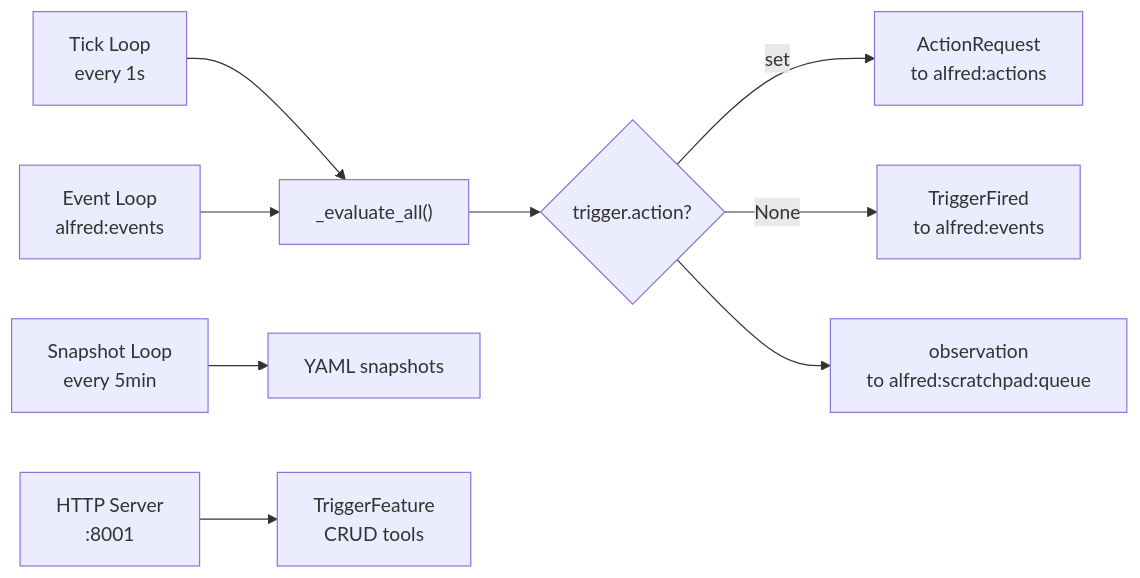
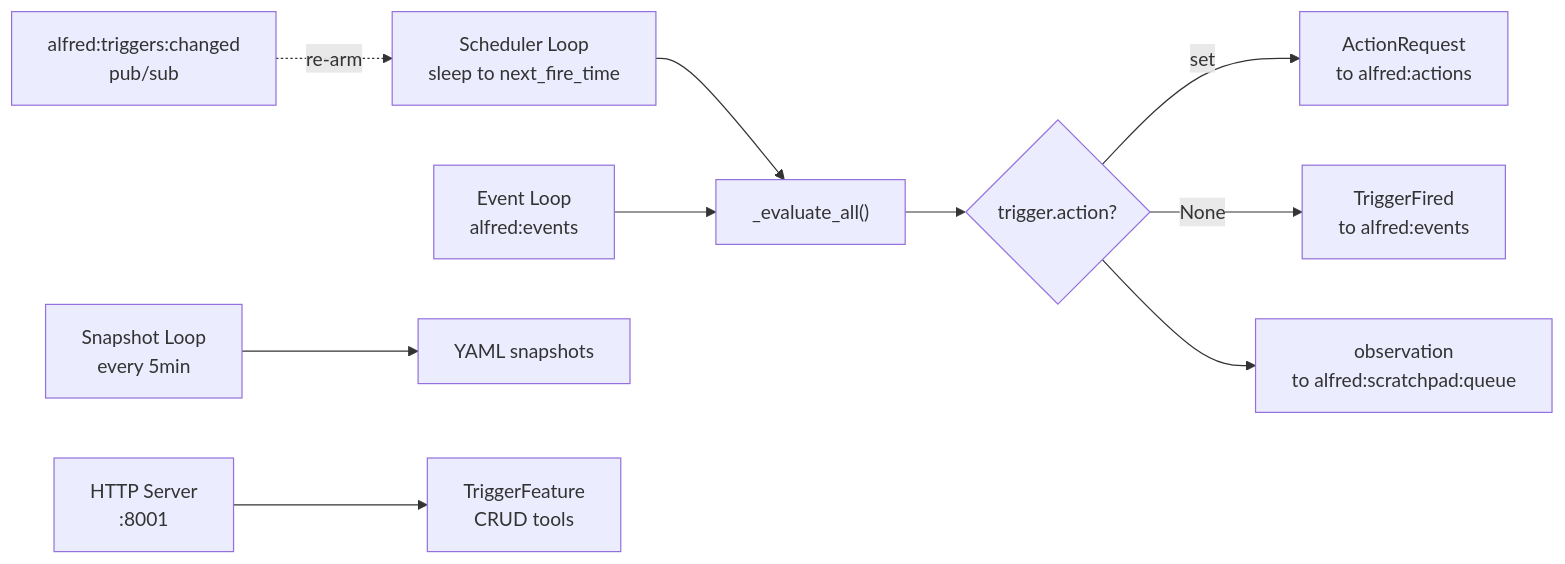
The second of 5 diagrams in docs/trigger-engine.md (anirudhlath/alfred), drawn with Mermaid before and after one commit. The commit also changed other lines of this file and 3 other files, not shown here.

````diff
--- a/docs/trigger-engine.md
+++ b/docs/trigger-engine.md
@@ -78,11 +81,12 @@
 ```mermaid
 graph LR
-    Tick["Tick Loop<br/>every 1s"] --> Eval["_evaluate_all()"]
+    Sched["Scheduler Loop<br/>sleep to next_fire_time"] --> Eval["_evaluate_all()"]
+    Channel["alfred:triggers:changed<br/>pub/sub"] -.->|re-arm| Sched
     Event["Event Loop<br/>alfred:events"] --> Eval
     Eval --> Fire{trigger.action?}
     Fire -->|set| AR["ActionRequest<br/>to alfred:actions"]
     Fire -->|None| TF["TriggerFired<br/>to alfred:events"]
     Fire --> SP["observation<br/>to alfred:scratchpad:queue"]
     Snap["Snapshot Loop<br/>every 5min"] --> Disk["YAML snapshots"]
     HTTP["HTTP Server<br/>:8001"] --> CRUD["TriggerFeature<br/>CRUD tools"]
 ```
````
